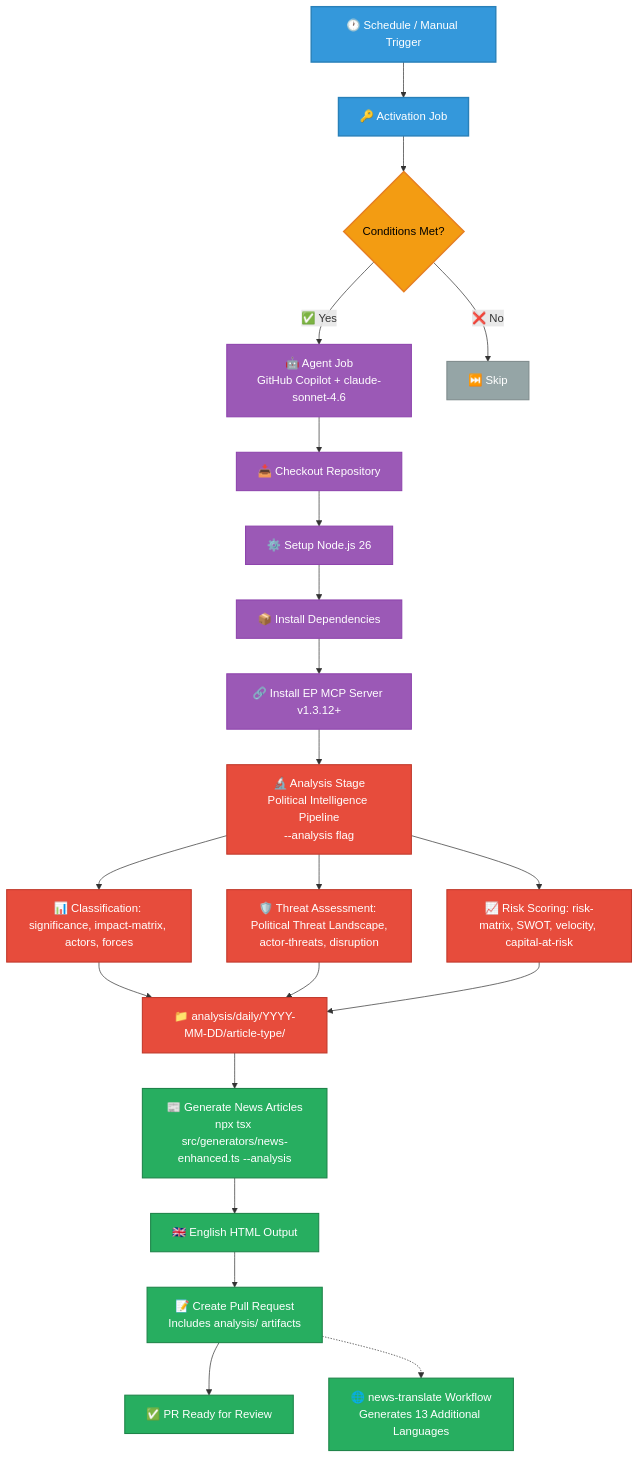
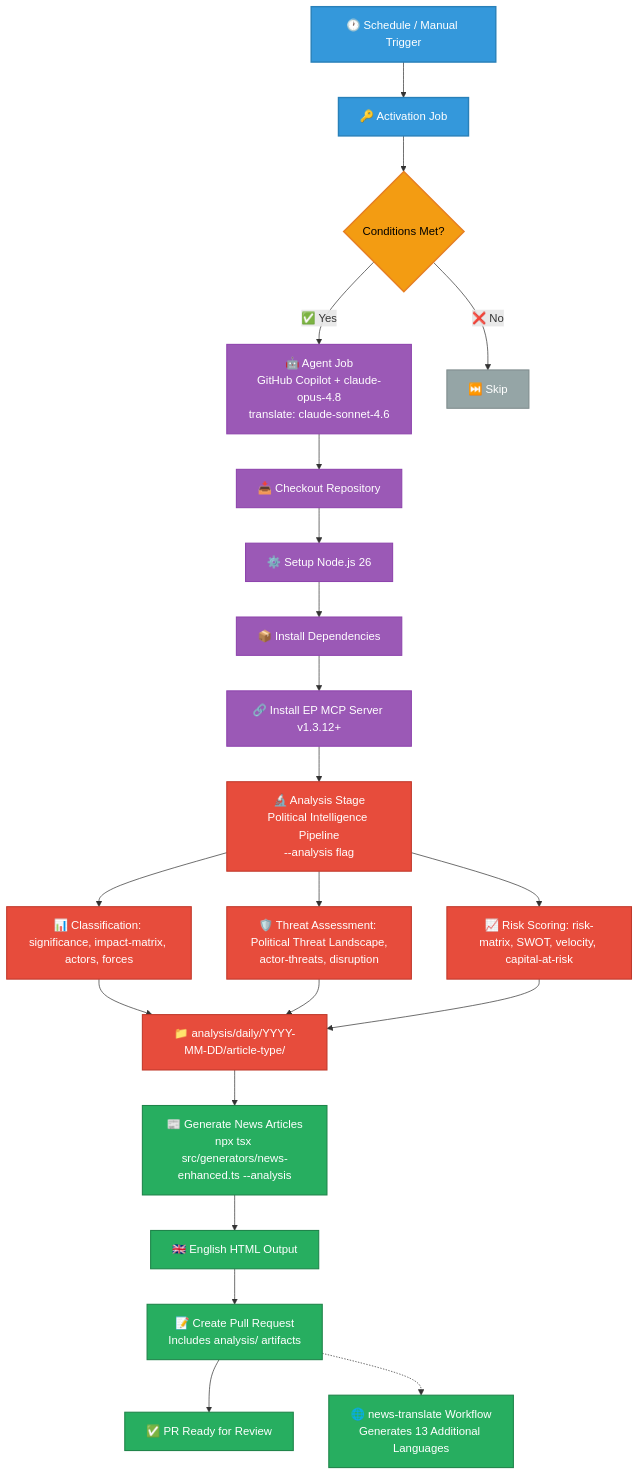
Before and after one commit to Hack23/euparliamentmonitor: the third of 22 diagrams in WORKFLOWS.md, drawn with Mermaid. The commit also changed other lines of this file and 3 other files, not shown here.

Commit message:
docs: refresh WORKFLOWS/ARCHITECTURE/Article-Generation for Opus 4.8 fleet

````diff
--- a/WORKFLOWS.md
+++ b/WORKFLOWS.md
@@ -276,37 +276,37 @@
 ```mermaid
 graph TD
     A[🕐 Schedule / Manual Trigger] --> B[🔑 Activation Job]
     B --> C{Conditions Met?}
-    C -->|✅ Yes| D[🤖 Agent Job<br/>GitHub Copilot + claude-sonnet-4.6]
+    C -->|✅ Yes| D[🤖 Agent Job<br/>GitHub Copilot + claude-opus-4.8<br/>translate: claude-sonnet-4.6]
     C -->|❌ No| E[⏭️ Skip]
     D --> F[📥 Checkout Repository]
     F --> G[⚙️ Setup Node.js 26]
     G --> H[📦 Install Dependencies]
     H --> I[🔗 Install EP MCP Server v1.3.12+]
     I --> J1[🔬 Analysis Stage<br/>Political Intelligence Pipeline<br/>--analysis flag]
     J1 --> J1a[📊 Classification: significance, impact-matrix, actors, forces]
     J1 --> J1b[🛡️ Threat Assessment: Political Threat Landscape,<br/>actor-threats, disruption]
     J1 --> J1c[📈 Risk Scoring: risk-matrix, SWOT, velocity, capital-at-risk]
     J1a --> J1d["📁 analysis/daily/YYYY-MM-DD/article-type/"]
     J1b --> J1d
     J1c --> J1d
     J1d --> J[📰 Generate News Articles<br/>npx tsx src/generators/news-enhanced.ts --analysis]
     J --> K[🇬🇧 English HTML Output]
     K --> L[📝 Create Pull Request<br/>Includes analysis/ artifacts]
     L --> M[✅ PR Ready for Review]
     L -.-> N[🌐 news-translate Workflow<br/>Generates 13 Additional Languages]
 
     classDef trigger fill:#3498db,stroke:#2980b9,stroke-width:2px,color:white
     classDef process fill:#9b59b6,stroke:#8e44ad,stroke-width:1.5px,color:white
     classDef decision fill:#f39c12,stroke:#e67e22,stroke-width:2px,color:black
     classDef skip fill:#95a5a6,stroke:#7f8c8d,stroke-width:1.5px,color:white
     classDef analysis fill:#e74c3c,stroke:#c0392b,stroke-width:1.5px,color:white
     classDef output fill:#27ae60,stroke:#1e8449,stroke-width:1.5px,color:white
 
     class A,B trigger
     class D,F,G,H,I process
     class C decision
     class E skip
     class J1,J1a,J1b,J1c,J1d analysis
     class J,K,L,M,N output
 ```
````
